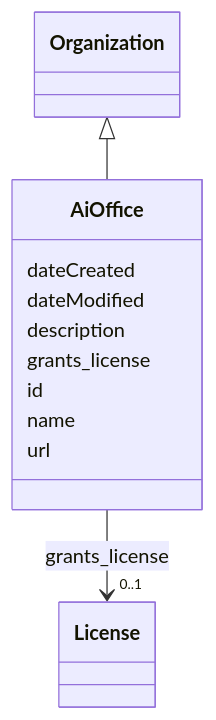
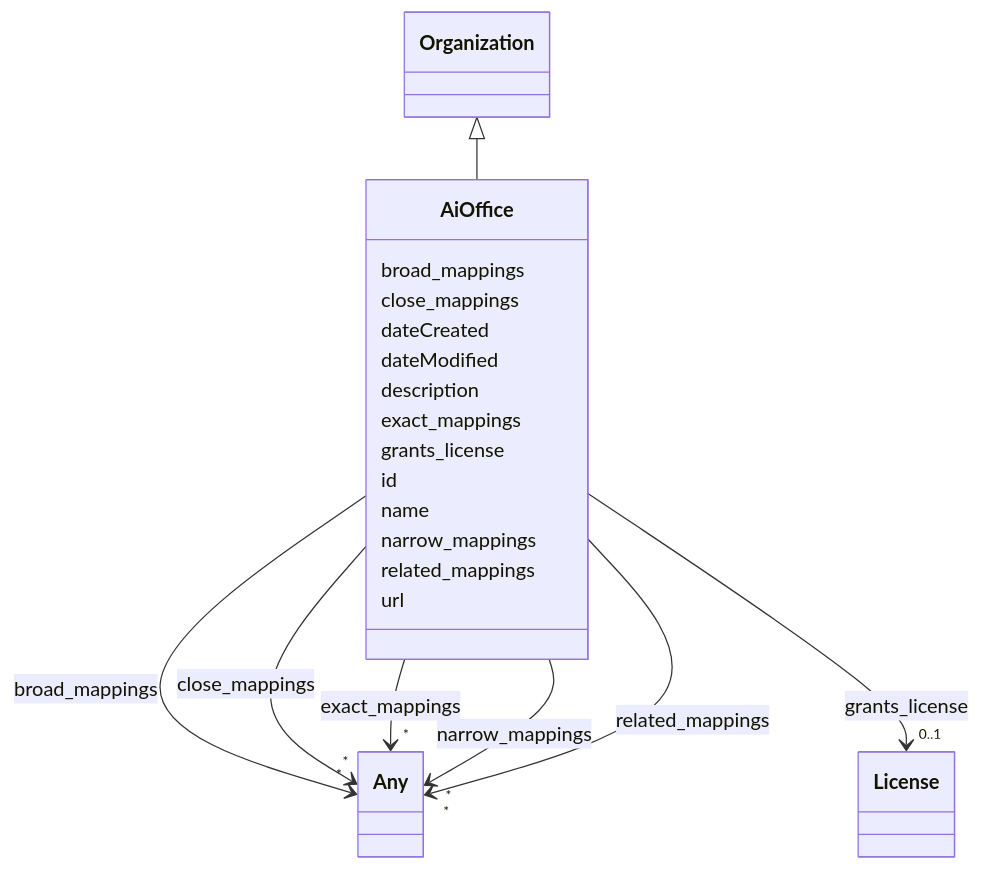
Before and after one commit to ingelise/risk-atlas-nexus: the diagram in docs/ontology/AiOffice.md, drawn with Mermaid. The commit also changed other lines of this file and 180 other files, not shown here.

```diff
--- a/docs/ontology/AiOffice.md
+++ b/docs/ontology/AiOffice.md
@@ -22,11 +22,44 @@
       Organization <|-- AiOffice
         click Organization href "../Organization/"
 
+      AiOffice : broad_mappings
+
+
+
+
+
+        AiOffice --> "*" Any : broad_mappings
+        click Any href "../Any/"
+
+
+
+      AiOffice : close_mappings
+
+
+
+
+
+        AiOffice --> "*" Any : close_mappings
+        click Any href "../Any/"
+
+
+
       AiOffice : dateCreated
 
       AiOffice : dateModified
 
       AiOffice : description
+
+      AiOffice : exact_mappings
+
+
+
+
+
+        AiOffice --> "*" Any : exact_mappings
+        click Any href "../Any/"
+
+
 
       AiOffice : grants_license
 
@@ -43,6 +76,28 @@
 
       AiOffice : name
 
+      AiOffice : narrow_mappings
+
+
+
+
+
+        AiOffice --> "*" Any : narrow_mappings
+        click Any href "../Any/"
+
+
+
+      AiOffice : related_mappings
+
+
+
+
+
+        AiOffice --> "*" Any : related_mappings
+        click Any href "../Any/"
+
+
+
       AiOffice : url
 
 
```
